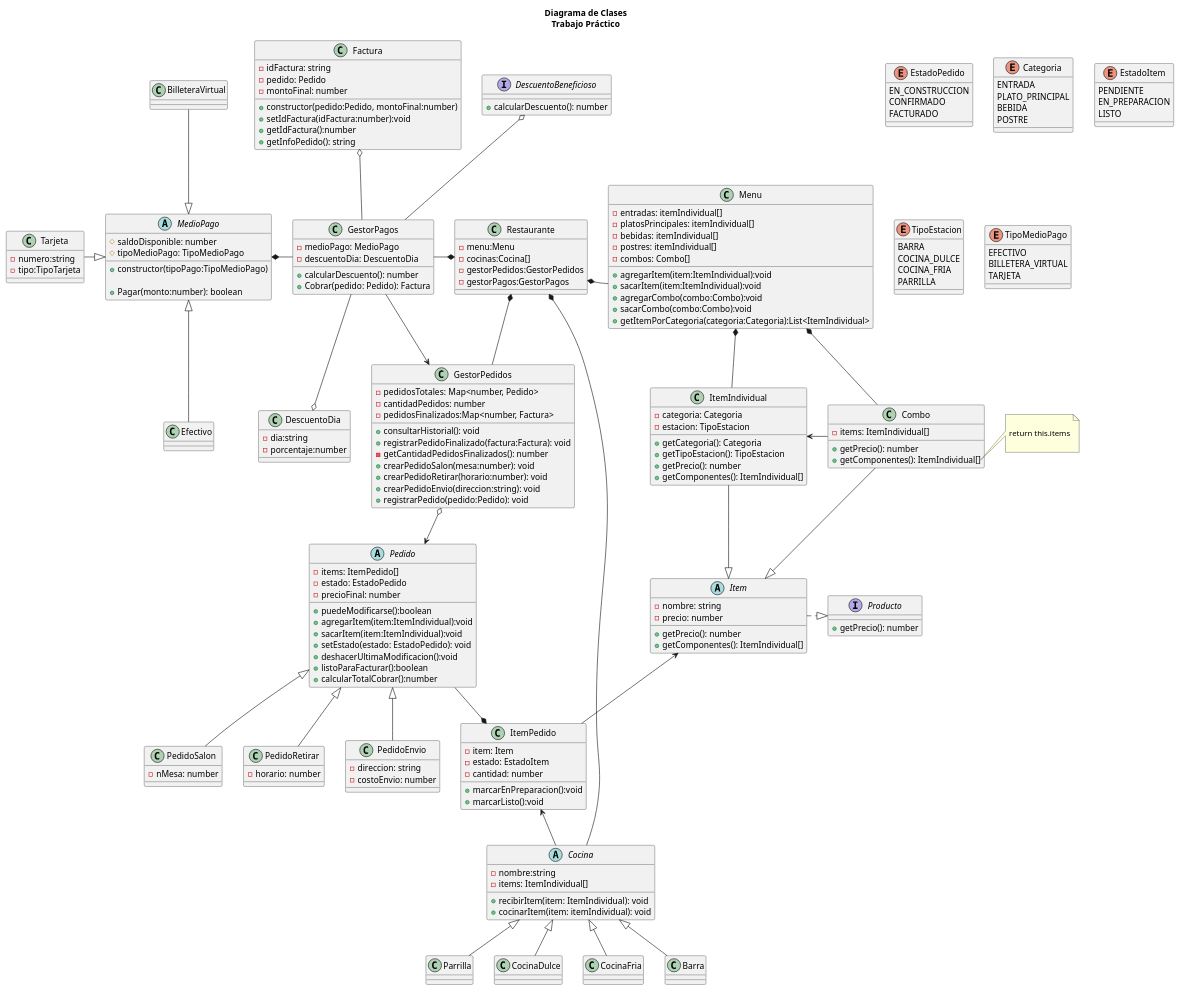
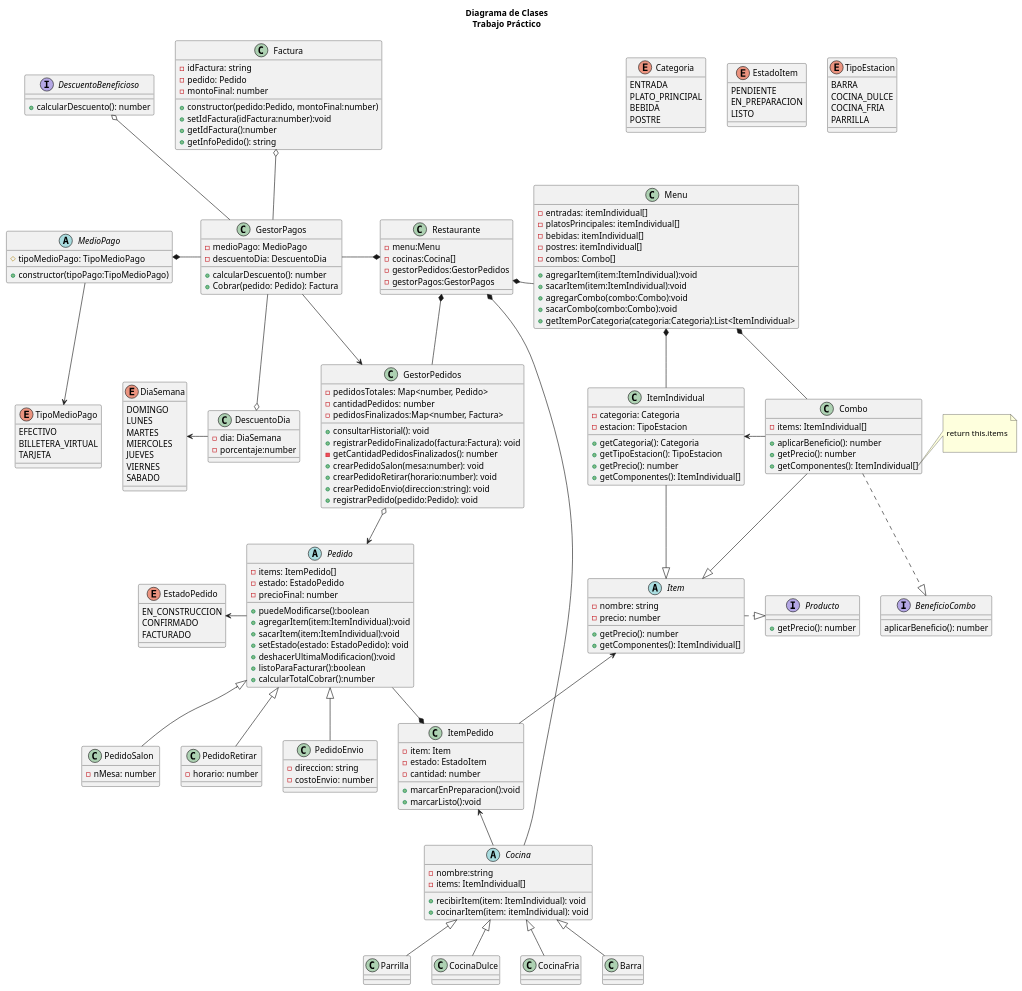
Before and after one commit to crstian8819/tp-grupo-11: the diagram in diagrama/diagrama.puml, drawn with PlantUML. The commit also changed 5 other files, not shown here.

Commit message:
Diagrama Actualizado; dist/ agregado en .gitignore por los Archivos generados por la compilación de TypeScript; Se agrego la linea de eslint para los 3 archivos que no usan this.

```diff
--- a/diagrama/diagrama.puml
+++ b/diagrama/diagrama.puml
@@ -33,6 +33,15 @@
         TARJETA
     }
 
+    enum DiaSemana {
+        DOMINGO
+        LUNES
+        MARTES
+        MIERCOLES
+        JUEVES
+        VIERNES
+        SABADO
+    }
     '-------------Restaurante-Sistema-----------------------
 
     class Restaurante {
@@ -124,8 +133,13 @@
     class Combo {
         -items: ItemIndividual[]
         
+        +aplicarBeneficio(): number
         +getPrecio(): number
         +getComponentes(): ItemIndividual[]
+    }
+
+    interface BeneficioCombo {
+        aplicarBeneficio(): number
     }
 
     note right of Combo::getComponentes()
@@ -176,24 +190,12 @@
     '------------------- MedioPago ------------------------
 
     abstract MedioPago {
-        #saldoDisponible: number
         #tipoMedioPago: TipoMedioPago
         +constructor(tipoPago:TipoMedioPago)
-        
-        +Pagar(monto:number): boolean
     }
 
-    class Efectivo {}
-
-    class Tarjeta{
-        -numero:string
-        -tipo:TipoTarjeta
-    }
-    
-    class BilleteraVirtual{}
-
     class DescuentoDia{
-        -dia:string
+        -dia: DiaSemana
         -porcentaje:number
     }
 
@@ -217,35 +219,31 @@
     '-------------------- RELACIONES ------------------------
 
 'RESTAURANTE
-
     Restaurante *-r- Menu
     Restaurante -[hidden]r- Menu
     Restaurante *-- Cocina
-    'Restaurante o-- Pedido
     Restaurante *-d- GestorPedidos
     Restaurante *--l--- GestorPagos
-    'Restaurante ..|> Descuento
 
 'PEDIDOS
-
     Pedido <|-d- PedidoSalon
     Pedido <|-d- PedidoRetirar
     Pedido <|-d- PedidoEnvio
     Pedido --* ItemPedido
+    Pedido -l-> EstadoPedido
 
 'MENU
-
     Menu *-- ItemIndividual
     Menu *-d- Combo
     Combo -l-> ItemIndividual
     Combo --|> Item
+    Combo ..|> BeneficioCombo
     ItemIndividual --|> Item
     Item .r.|> Producto
     ItemPedido -u-> Item
 
-
+    Menu -[hidden]u- Categoria
 'COCINA
-
     Parrilla -u-|> Cocina
     CocinaDulce -u-|> Cocina
     CocinaFria -u-|> Cocina
@@ -253,23 +251,18 @@
     ItemPedido <-- Cocina
 
 'GESTOR DE PAGOS
-
     GestorPagos -l-* MedioPago
     GestorPagos --o DescuentoDia
     GestorPagos -u-o Factura
     GestorPagos -u-o DescuentoBeneficioso
     GestorPagos --> GestorPedidos
+    DescuentoDia -l-> DiaSemana
 
+    MedioPago -[hidden]u- DescuentoBeneficioso
 'MEDIOS DE PAGO
-
-    Efectivo -u-|> MedioPago
-    Tarjeta -r-|> MedioPago
-    BilleteraVirtual -d-|> MedioPago
-
+    MedioPago -d-> TipoMedioPago
 
 'GESTOR DE PEDIDOS
-
-    'HistorialPedido o-- Pedido
     GestorPedidos o--> Pedido
 
 @enduml
```
